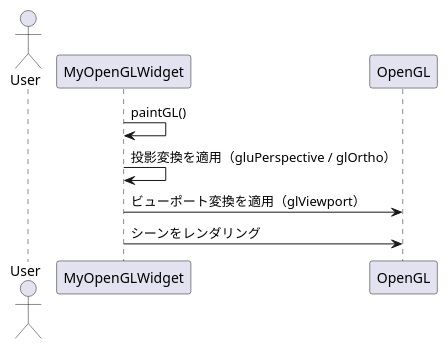
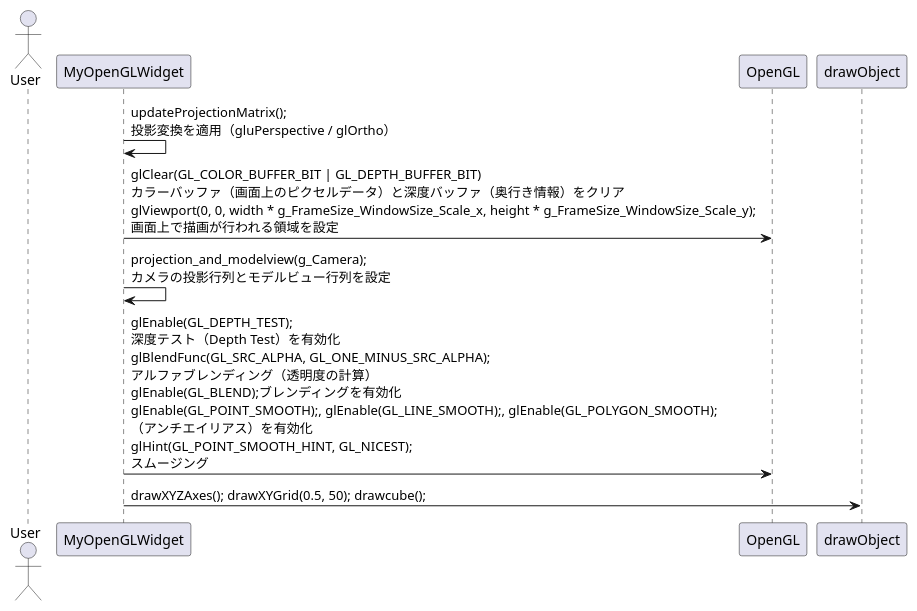
The third of 5 diagrams in sequence_diagrams.md (ChihiroYamashita/cg-repo), drawn with PlantUML before and after one commit. The commit also changed other lines of this file and 100 other files, not shown here.

```diff
--- a/sequence_diagrams.md
+++ b/sequence_diagrams.md
@@ -51,9 +53,12 @@
 @startuml
 actor User
 
 
-MyOpenGLWidget -> MyOpenGLWidget : paintGL()
-MyOpenGLWidget -> MyOpenGLWidget : 投影変換を適用（gluPerspective / glOrtho）
-MyOpenGLWidget -> OpenGL : ビューポート変換を適用（glViewport）
-MyOpenGLWidget -> OpenGL : シーンをレンダリング
+
+MyOpenGLWidget -> MyOpenGLWidget : updateProjectionMatrix();\n投影変換を適用（gluPerspective / glOrtho）
+MyOpenGLWidget -> OpenGL : glClear(GL_COLOR_BUFFER_BIT | GL_DEPTH_BUFFER_BIT)\nカラーバッファ（画面上のピクセルデータ）と深度バッファ（奥行き情報）をクリア\nglViewport(0, 0, width * g_FrameSize_WindowSize_Scale_x, height * g_FrameSize_WindowSize_Scale_y);\n画面上で描画が行われる領域を設定
+
+MyOpenGLWidget -> MyOpenGLWidget : projection_and_modelview(g_Camera);\nカメラの投影行列とモデルビュー行列を設定
+MyOpenGLWidget -> OpenGL : glEnable(GL_DEPTH_TEST);\n深度テスト（Depth Test）を有効化\nglBlendFunc(GL_SRC_ALPHA, GL_ONE_MINUS_SRC_ALPHA);\nアルファブレンディング（透明度の計算）\nglEnable(GL_BLEND);ブレンディングを有効化\nglEnable(GL_POINT_SMOOTH);, glEnable(GL_LINE_SMOOTH);, glEnable(GL_POLYGON_SMOOTH);\n（アンチエイリアス）を有効化\nglHint(GL_POINT_SMOOTH_HINT, GL_NICEST);\nスムージング
+MyOpenGLWidget -> drawObject :drawXYZAxes(); drawXYGrid(0.5, 50); drawcube();
 @enduml
```
